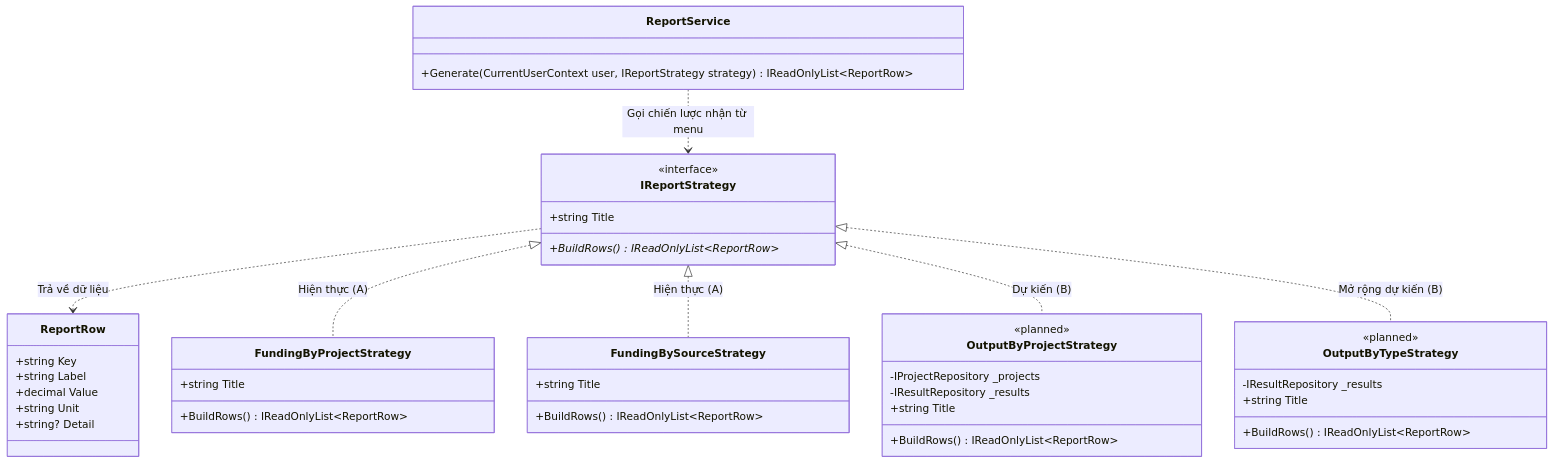
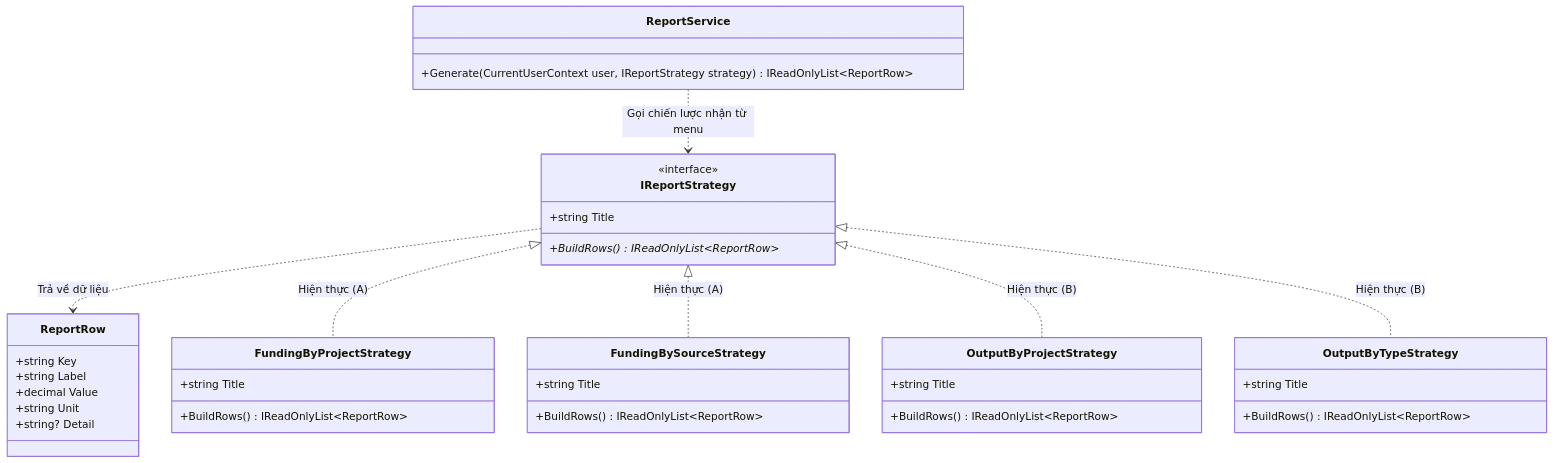
One commit to PKT-zZ/QLNCKH_OOP_FINAL changed the fourth of 10 diagrams in docs/uml.md. Above: the diagram before and after it, drawn with Mermaid. The commit also changed other lines of this file and 15 other files, not shown here.

````diff
--- a/docs/uml.md
+++ b/docs/uml.md
@@ -318,52 +320,47 @@
 ```mermaid
 classDiagram
     class ReportRow {
         +string Key
         +string Label
         +decimal Value
         +string Unit
         +string? Detail
     }
 
     class IReportStrategy {
         <<interface>>
         +string Title
         +BuildRows()* IReadOnlyList~ReportRow~
     }
 
     class FundingByProjectStrategy {
         +string Title
         +BuildRows() IReadOnlyList~ReportRow~
     }
 
     class FundingBySourceStrategy {
         +string Title
         +BuildRows() IReadOnlyList~ReportRow~
     }
 
     class OutputByProjectStrategy {
-        <<planned>>
-        -IProjectRepository _projects
-        -IResultRepository _results
         +string Title
         +BuildRows() IReadOnlyList~ReportRow~
     }
 
     class OutputByTypeStrategy {
-        <<planned>>
-        -IResultRepository _results
         +string Title
         +BuildRows() IReadOnlyList~ReportRow~
     }
 
     class ReportService {
         +Generate(CurrentUserContext user, IReportStrategy strategy) IReadOnlyList~ReportRow~
     }
 
     ReportService ..> IReportStrategy : Gọi chiến lược nhận từ menu
     IReportStrategy ..> ReportRow : Trả về dữ liệu
     IReportStrategy <|.. FundingByProjectStrategy : Hiện thực (A)
     IReportStrategy <|.. FundingBySourceStrategy : Hiện thực (A)
-    IReportStrategy <|.. OutputByProjectStrategy : Dự kiến (B)
-    IReportStrategy <|.. OutputByTypeStrategy : Mở rộng dự kiến (B)
+    IReportStrategy <|.. OutputByProjectStrategy : Hiện thực (B)
+    IReportStrategy <|.. OutputByTypeStrategy : Hiện thực (B)
 ```
````
